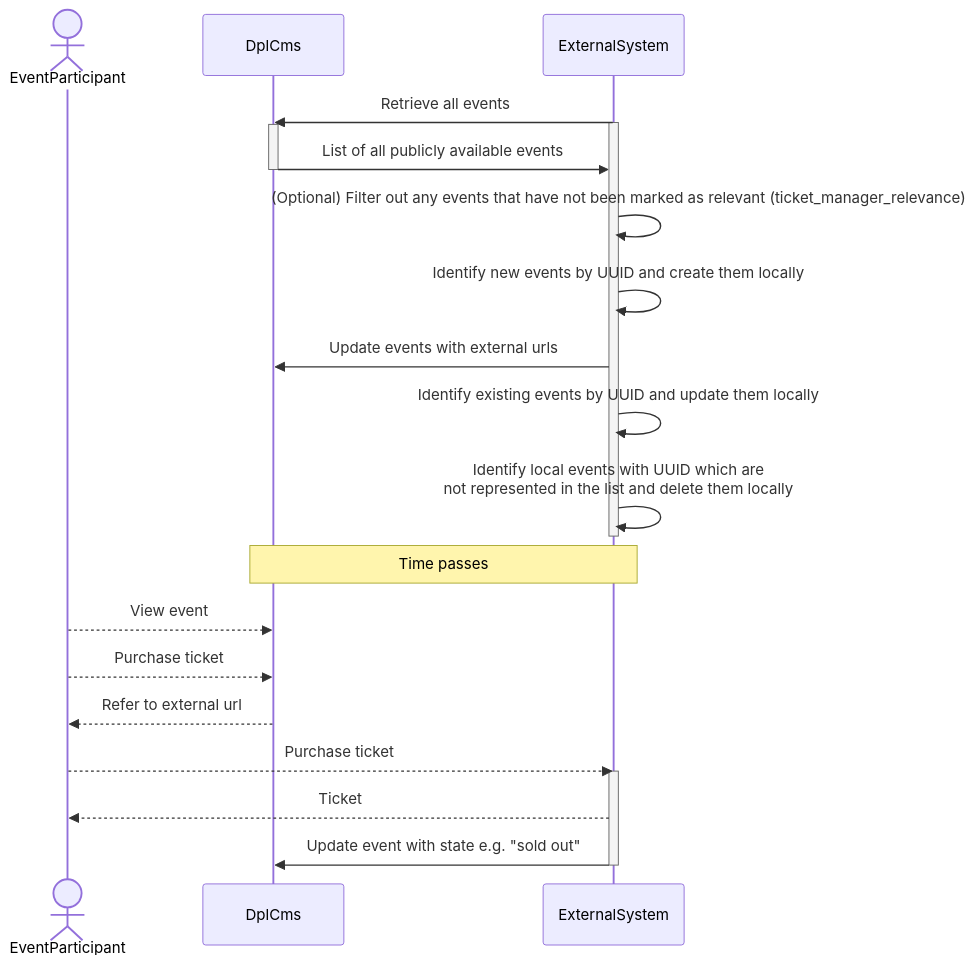
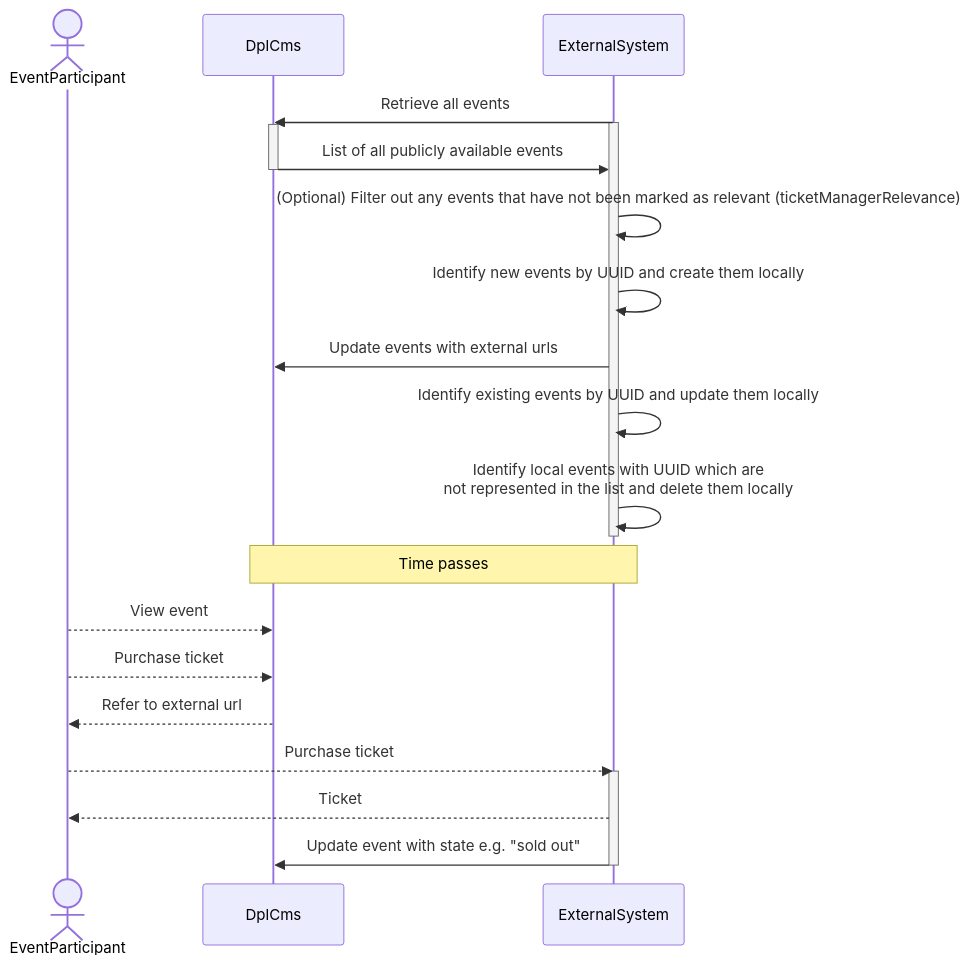
Before and after one commit to danskernesdigitalebibliotek/dpl-web: the diagram in docs/cms/event-integration.md, drawn with Mermaid. The commit also changed other lines of this file and 2 other files, not shown here.

````diff
--- a/docs/cms/event-integration.md
+++ b/docs/cms/event-integration.md
@@ -21,26 +21,26 @@
 ```mermaid
 sequenceDiagram
   Actor EventParticipant
   Participant DplCms
   Participant ExternalSystem
   ExternalSystem ->> DplCms: Retrieve all events
   activate ExternalSystem
   activate DplCms
   DplCms ->> ExternalSystem: List of all publicly available events
   deactivate DplCms
-  ExternalSystem ->> ExternalSystem: (Optional) Filter out any events that have not been marked as relevant (ticket_manager_relevance)
+  ExternalSystem ->> ExternalSystem: (Optional) Filter out any events that have not been marked as relevant (ticketManagerRelevance)
   ExternalSystem ->> ExternalSystem: Identify new events by UUID and create them locally
   ExternalSystem ->> DplCms: Update events with external urls
   ExternalSystem ->> ExternalSystem: Identify existing events by UUID and update them locally
   ExternalSystem ->> ExternalSystem: Identify local events with UUID which are<br/>not represented in the list and delete them locally
   deactivate ExternalSystem
   Note over DplCms,ExternalSystem: Time passes
   EventParticipant -->> DplCms: View event
   EventParticipant -->> DplCms: Purchase ticket
   DplCms -->> EventParticipant: Refer to external url
   EventParticipant -->> ExternalSystem: Purchase ticket
   activate ExternalSystem
   ExternalSystem -->> EventParticipant: Ticket
   ExternalSystem ->> DplCms: Update event with state e.g. "sold out"
   deactivate ExternalSystem
 ```
````
